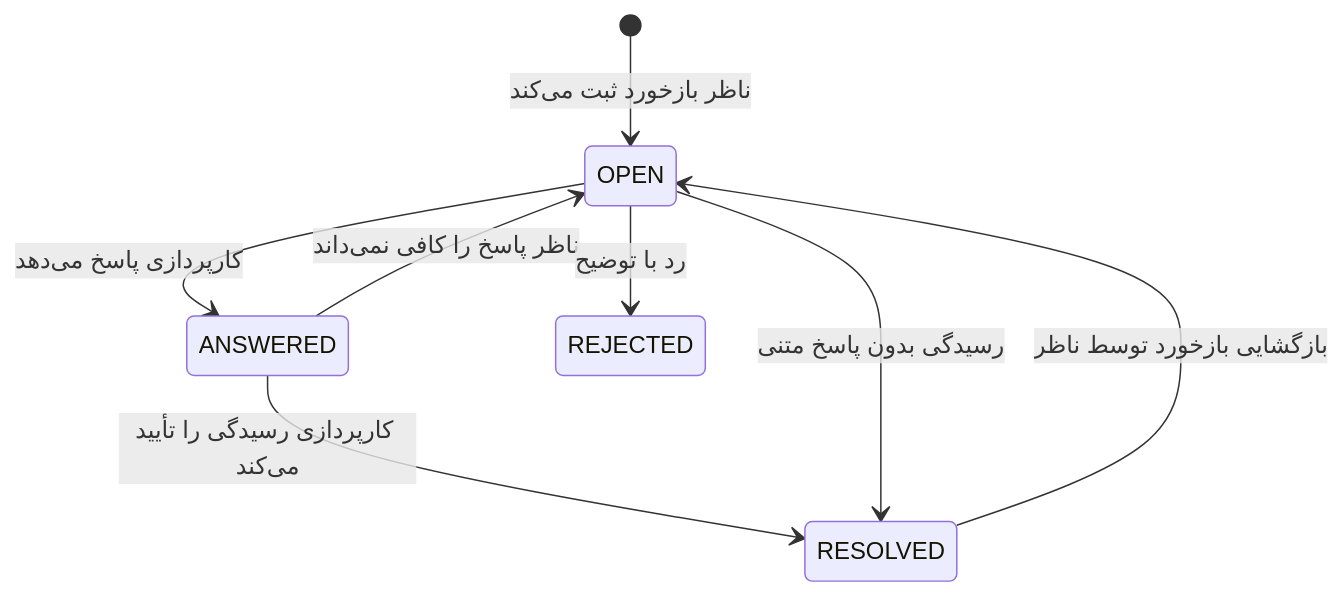
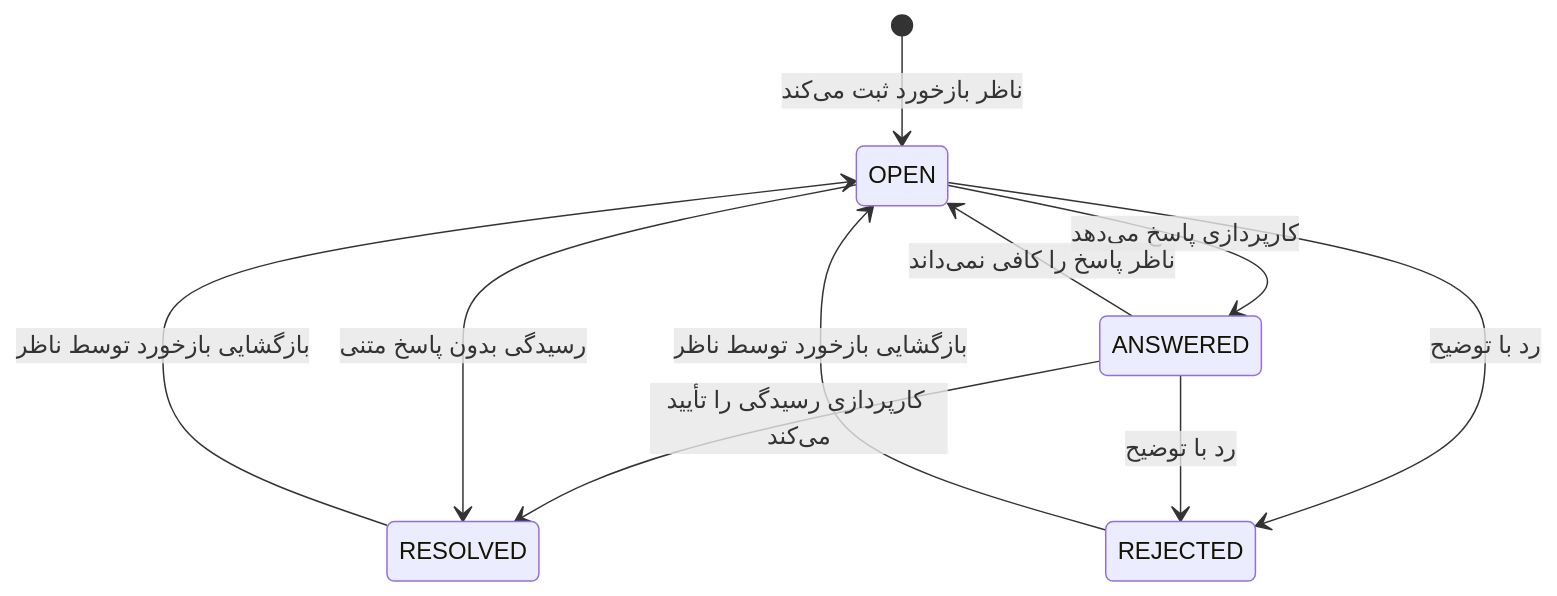
The second of 2 diagrams in docs/07-document-workflow.md (AliMashhadi2044/Document-Manager), drawn with Mermaid before and after one commit. The commit also changed other lines of this file and 38 other files, not shown here.

````diff
--- a/docs/07-document-workflow.md
+++ b/docs/07-document-workflow.md
@@ -180,10 +180,12 @@
 ```mermaid
 stateDiagram-v2
     [*] --> OPEN : ناظر بازخورد ثبت می‌کند
     OPEN --> ANSWERED : کارپردازی پاسخ می‌دهد
     ANSWERED --> RESOLVED : کارپردازی رسیدگی را تأیید می‌کند
     OPEN --> RESOLVED : رسیدگی بدون پاسخ متنی
     ANSWERED --> OPEN : ناظر پاسخ را کافی نمی‌داند
     RESOLVED --> OPEN : بازگشایی بازخورد توسط ناظر
     OPEN --> REJECTED : رد با توضیح
+    ANSWERED --> REJECTED : رد با توضیح
+    REJECTED --> OPEN : بازگشایی بازخورد توسط ناظر
 ```
````
